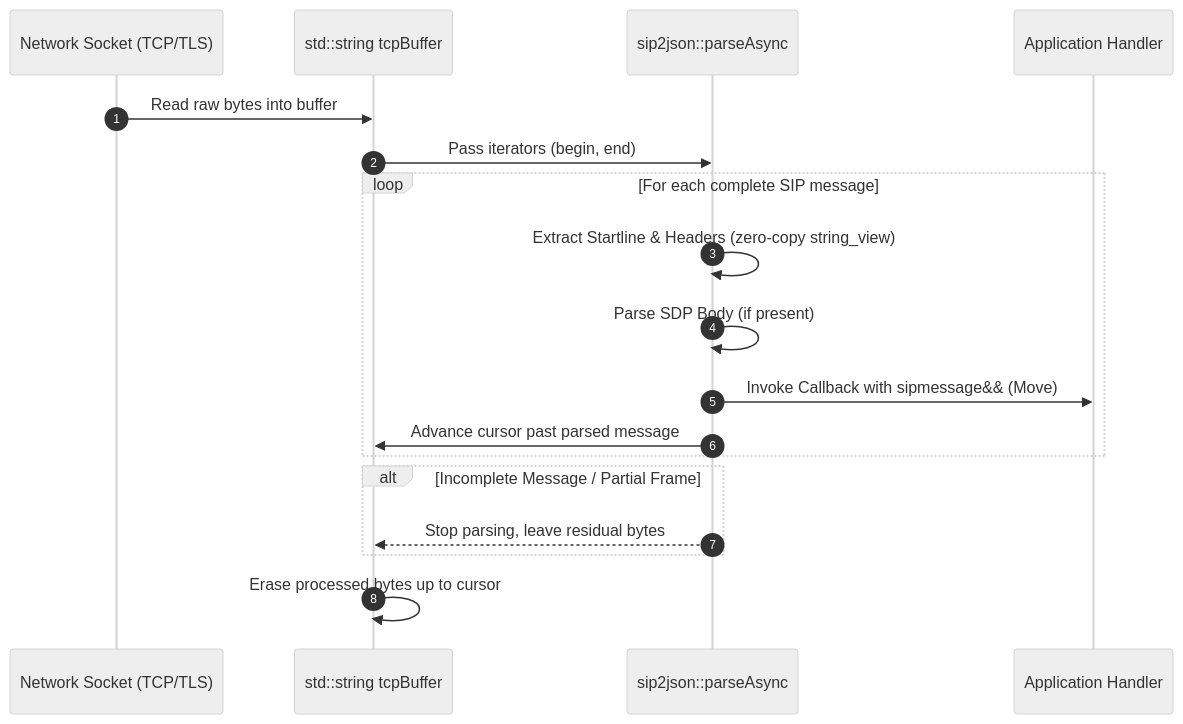
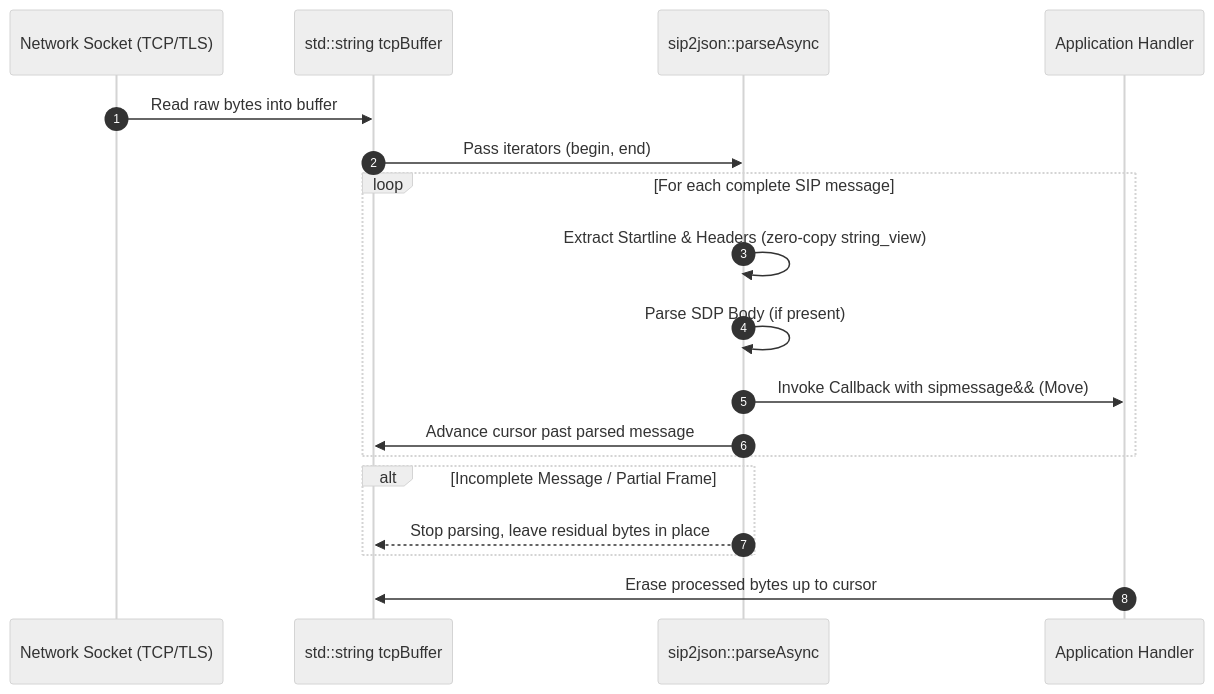
One commit to SiddiqSoft/sip2json changed the diagram in docs/architecture/async.md. Above: the diagram before and after it, drawn with Mermaid (neutral theme). The commit also changed other lines of this file and 23 other files, not shown here.

````diff
--- a/docs/architecture/async.md
+++ b/docs/architecture/async.md
@@ -9,21 +9,21 @@
 ```mermaid
 sequenceDiagram
     autonumber
     participant Net as Network Socket (TCP/TLS)
     participant Buf as std::string tcpBuffer
     participant Parser as sip2json::parseAsync
     participant App as Application Handler
 
     Net->>Buf: Read raw bytes into buffer
     Buf->>Parser: Pass iterators (begin, end)
     loop For each complete SIP message
         Parser->>Parser: Extract Startline & Headers (zero-copy string_view)
         Parser->>Parser: Parse SDP Body (if present)
         Parser->>App: Invoke Callback with sipmessage&& (Move)
         Parser->>Buf: Advance cursor past parsed message
     end
     alt Incomplete Message / Partial Frame
-        Parser-->>Buf: Stop parsing, leave residual bytes
+        Parser-->>Buf: Stop parsing, leave residual bytes in place
     end
-    Buf->>Buf: Erase processed bytes up to cursor
+    App->>Buf: Erase processed bytes up to cursor
 ```
````
